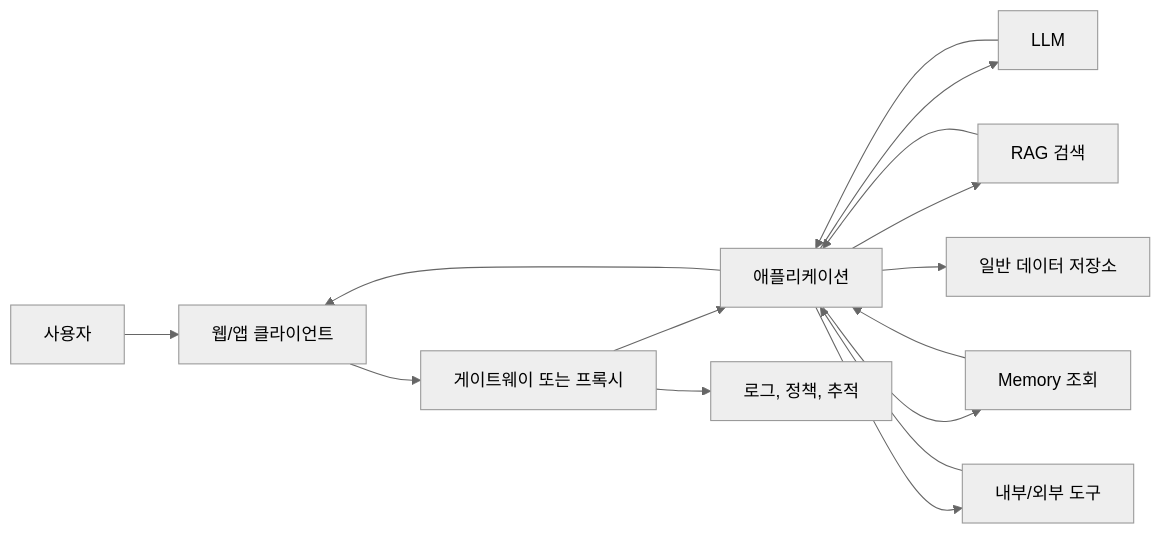
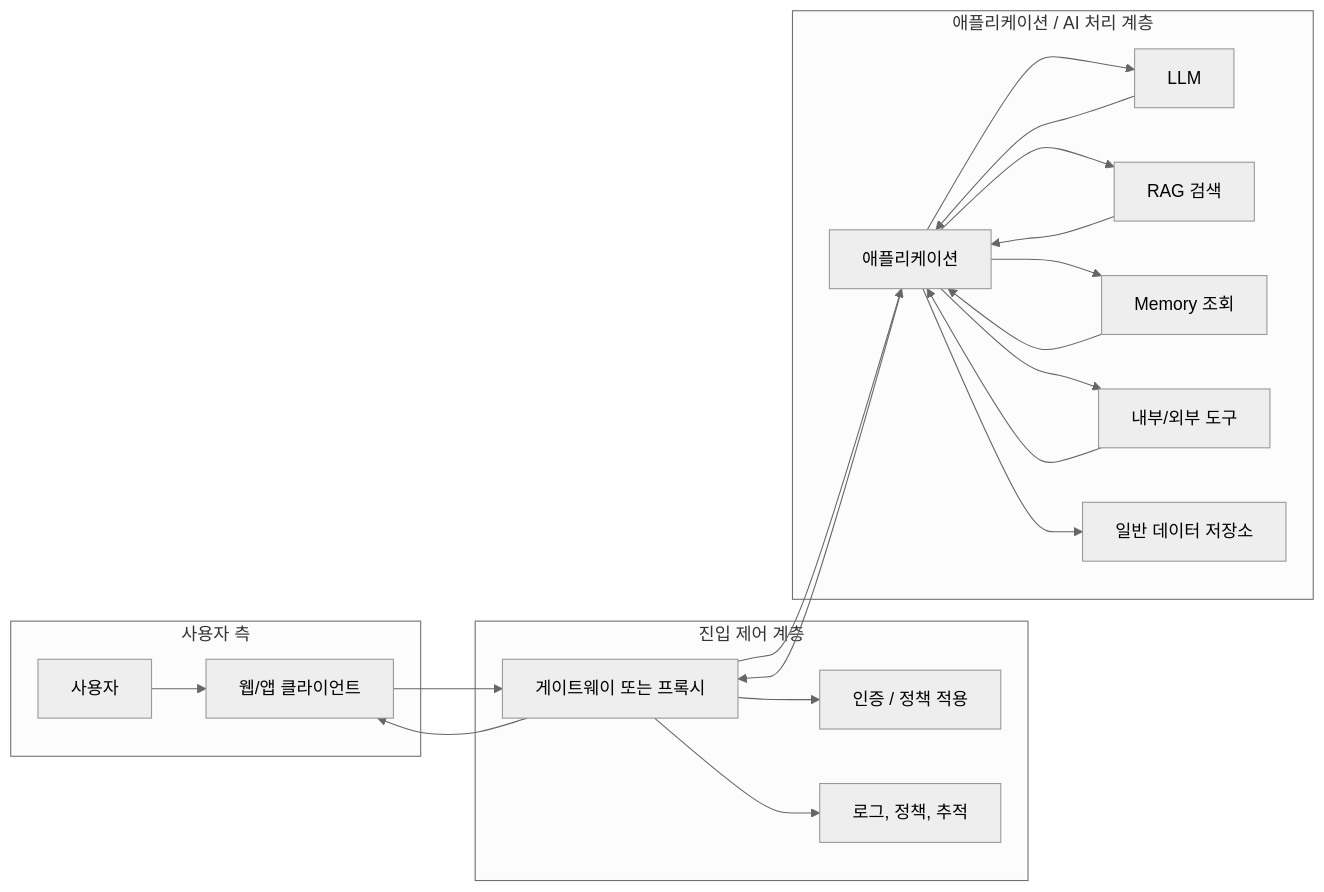
One commit to dev-len/private-docs changed the first of 15 diagrams in ai_gateway_rag_memory_learning_book.md. Above: the diagram before and after it, drawn with Mermaid (neutral theme). The commit also changed other lines of this file, not shown here.

First line of the commit message:
﻿프록시와 게이트웨이 개념도를 입문자 눈높이에 맞춰 더 직관적으로 읽히게 한다

````diff
--- a/ai_gateway_rag_memory_learning_book.md
+++ b/ai_gateway_rag_memory_learning_book.md
@@ -55,17 +55,34 @@
 ```mermaid
 flowchart LR
-    User["사용자"] --> Client["웹/앱 클라이언트"]
-    Client --> Gateway["게이트웨이 또는 프록시"]
-    Gateway --> App["애플리케이션"]
-    App --> Model["LLM"]
-    App --> Retrieval["RAG 검색"]
-    App --> Memory["Memory 조회"]
-    App --> Tools["내부/외부 도구"]
-    Gateway --> Ops["로그, 정책, 추적"]
-    App --> DB["일반 데이터 저장소"]
+    subgraph UserSide["사용자 측"]
+        User["사용자"] --> Client["웹/앱 클라이언트"]
+    end
+    subgraph EdgeLayer["진입 제어 계층"]
+        Gateway["게이트웨이 또는 프록시"]
+        Policy["인증 / 정책 적용"]
+        Ops["로그, 정책, 추적"]
+    end
+    subgraph AppLayer["애플리케이션 / AI 처리 계층"]
+        App["애플리케이션"]
+        Model["LLM"]
+        Retrieval["RAG 검색"]
+        Memory["Memory 조회"]
+        Tools["내부/외부 도구"]
+        DB["일반 데이터 저장소"]
+    end
+    Client --> Gateway
+    Gateway --> Policy
+    Gateway --> App
+    Gateway --> Ops
+    App --> Model
+    App --> Retrieval
+    App --> Memory
+    App --> Tools
+    App --> DB
     Model --> App
     Retrieval --> App
     Memory --> App
     Tools --> App
-    App --> Client
+    App --> Gateway
+    Gateway --> Client
 ```
````
